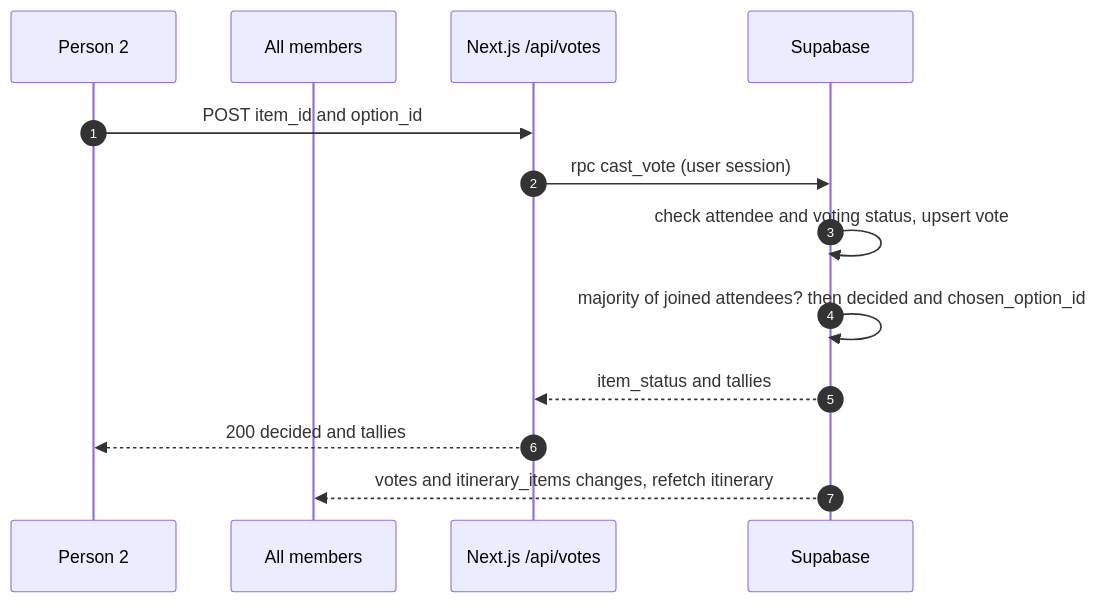
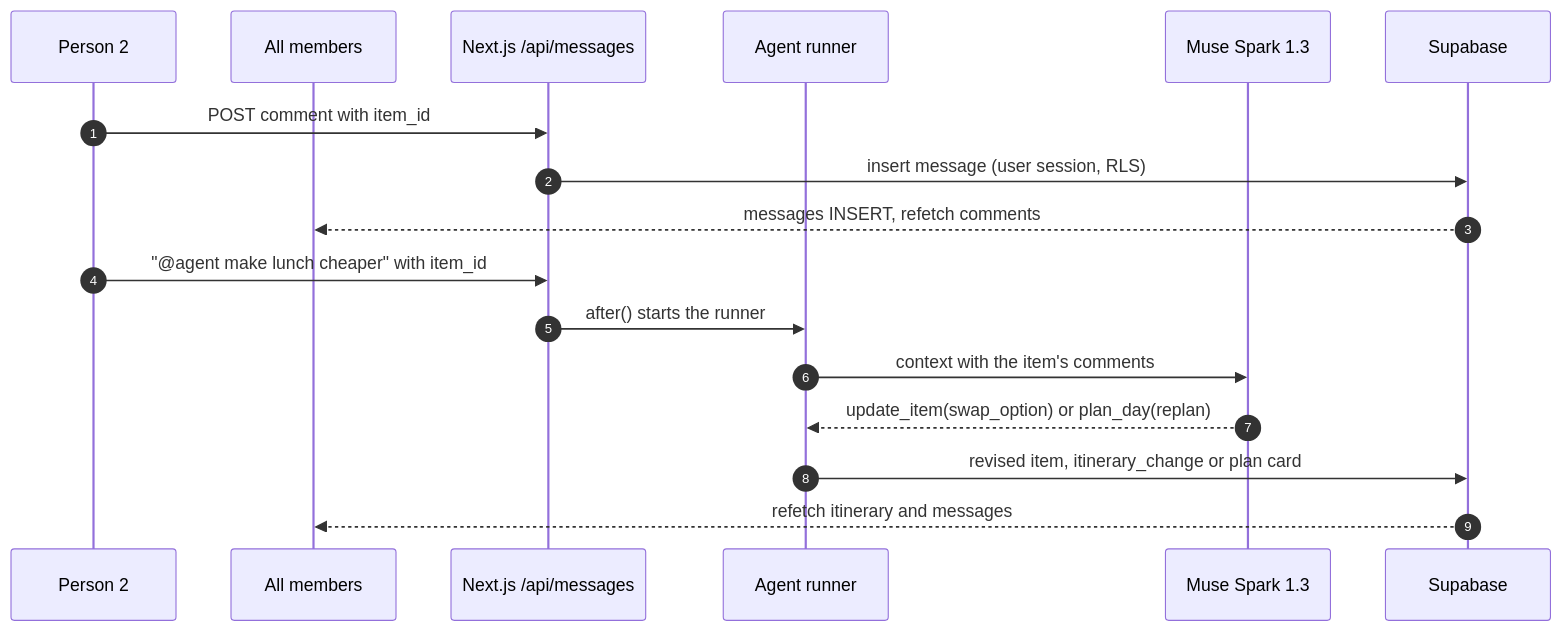
The ninth of 11 diagrams in planning/design.md (YearningAsian/agentic-group-planner), drawn with Mermaid before and after one commit. The commit also changed other lines of this file and 10 other files, not shown here.

````diff
--- a/planning/design.md
+++ b/planning/design.md
@@ -1386,15 +1215,19 @@
 ```mermaid
 sequenceDiagram
     autonumber
     participant P2 as Person 2
     participant All as All members
-    participant API as Next.js /api/votes
+    participant API as Next.js /api/messages
+    participant Run as Agent runner
+    participant LLM as Muse Spark 1.3
     participant DB as Supabase
-    P2->>API: POST item_id and option_id
-    API->>DB: rpc cast_vote (user session)
-    DB->>DB: check attendee and voting status, upsert vote
-    DB->>DB: majority of joined attendees? then decided and chosen_option_id
-    DB-->>API: item_status and tallies
-    API-->>P2: 200 decided and tallies
-    DB-->>All: votes and itinerary_items changes, refetch itinerary
+    P2->>API: POST comment with item_id
+    API->>DB: insert message (user session, RLS)
+    DB-->>All: messages INSERT, refetch comments
+    P2->>API: "@agent make lunch cheaper" with item_id
+    API->>Run: after() starts the runner
+    Run->>LLM: context with the item's comments
+    LLM-->>Run: update_item(swap_option) or plan_day(replan)
+    Run->>DB: revised item, itinerary_change or plan card
+    DB-->>All: refetch itinerary and messages
 ```
````
